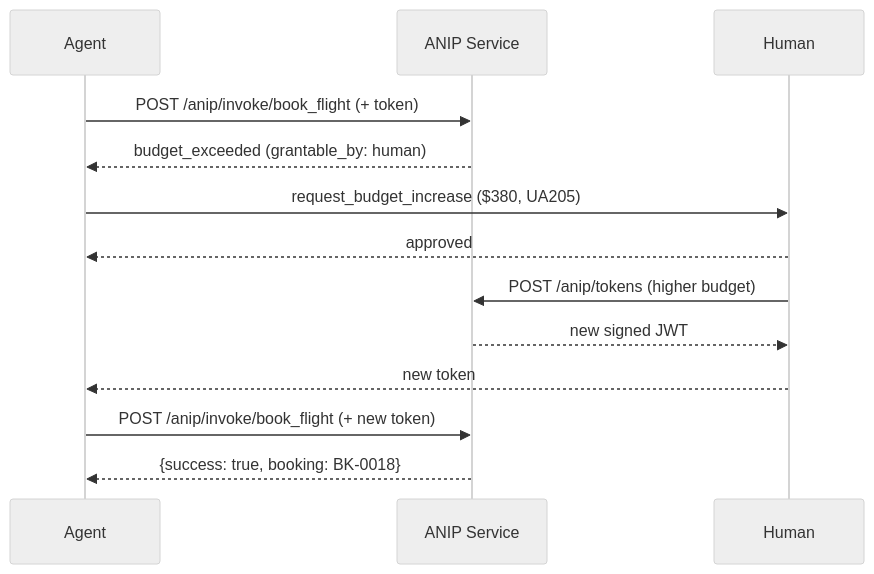
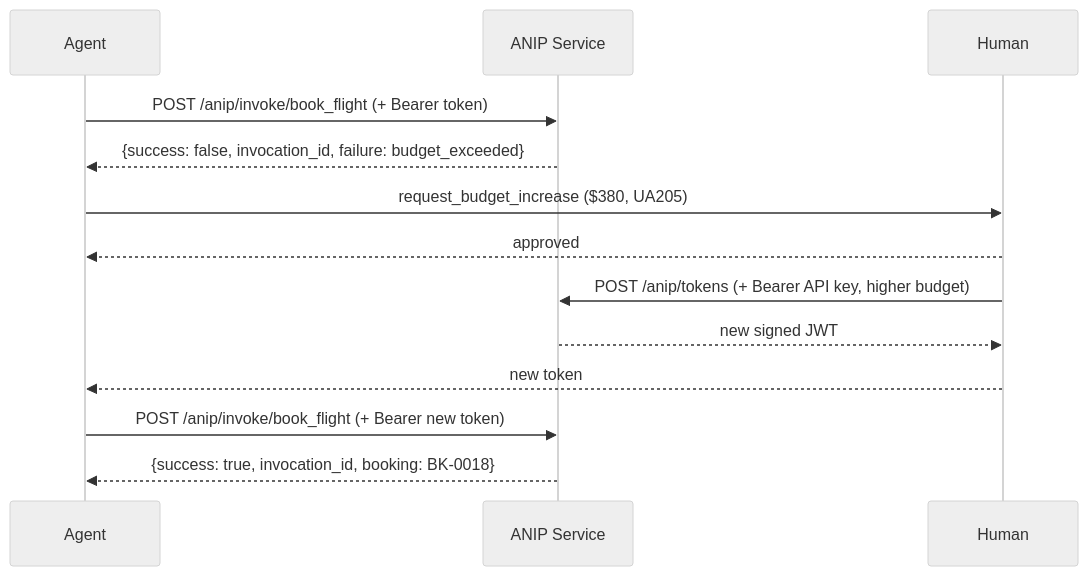
One commit to anip-protocol/anip changed the second of 2 diagrams in SPEC.md. Above: the diagram before and after it, drawn with Mermaid (neutral theme). The commit also changed other lines of this file and 47 other files, not shown here.

First line of the commit message:
feat: ANIP v0.4 lineage — invocation_id + client_reference_id (#30)

````diff
--- a/SPEC.md
+++ b/SPEC.md
@@ -750,20 +793,20 @@
 ```mermaid
 sequenceDiagram
     participant Agent
     participant ANIP as ANIP Service
     participant Human
 
-    Agent->>ANIP: POST /anip/invoke/book_flight (+ token)
-    ANIP-->>Agent: budget_exceeded (grantable_by: human)
+    Agent->>ANIP: POST /anip/invoke/book_flight (+ Bearer token)
+    ANIP-->>Agent: {success: false, invocation_id, failure: budget_exceeded}
 
     Agent->>Human: request_budget_increase ($380, UA205)
     Human-->>Agent: approved
 
-    Human->>ANIP: POST /anip/tokens (higher budget)
+    Human->>ANIP: POST /anip/tokens (+ Bearer API key, higher budget)
     ANIP-->>Human: new signed JWT
 
     Human-->>Agent: new token
 
-    Agent->>ANIP: POST /anip/invoke/book_flight (+ new token)
-    ANIP-->>Agent: {success: true, booking: BK-0018}
+    Agent->>ANIP: POST /anip/invoke/book_flight (+ Bearer new token)
+    ANIP-->>Agent: {success: true, invocation_id, booking: BK-0018}
 ```
````
